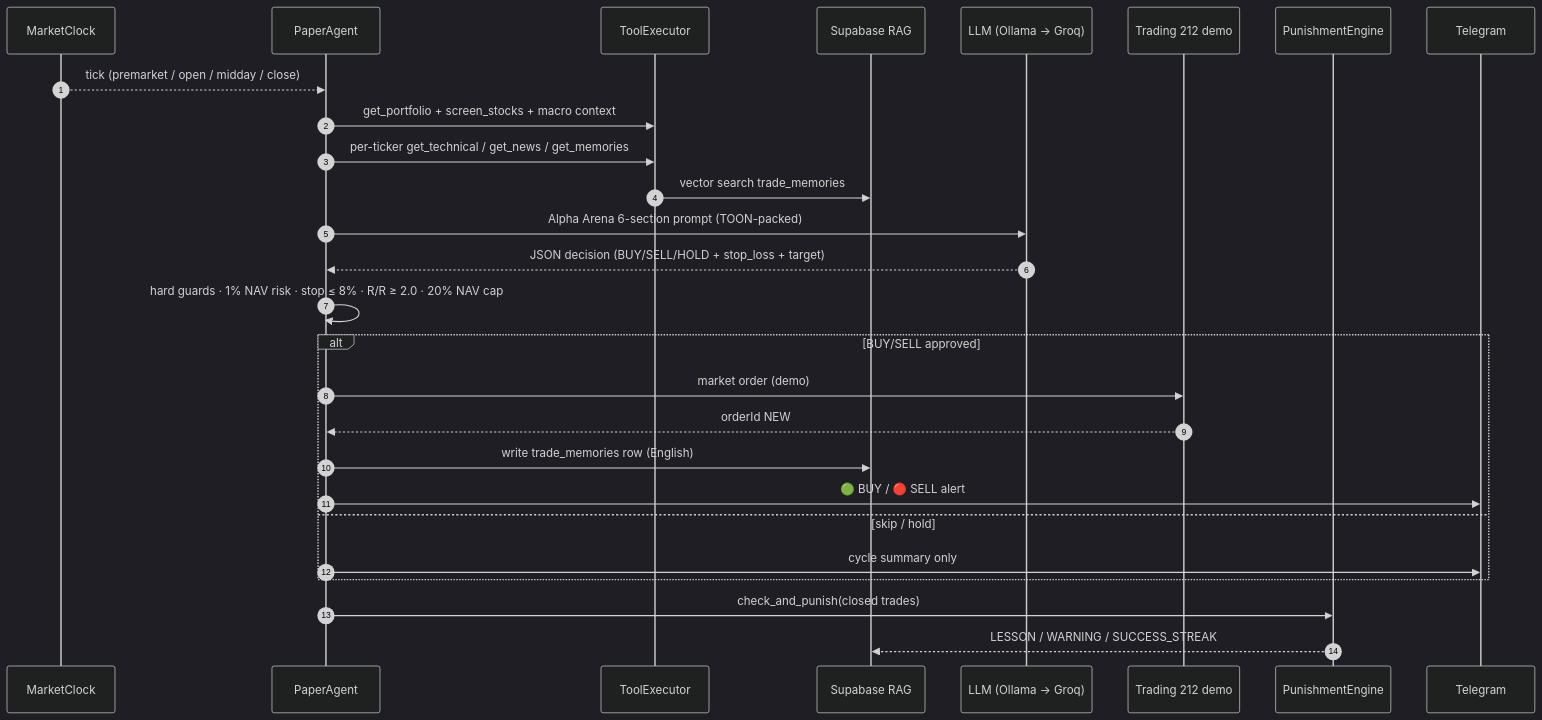
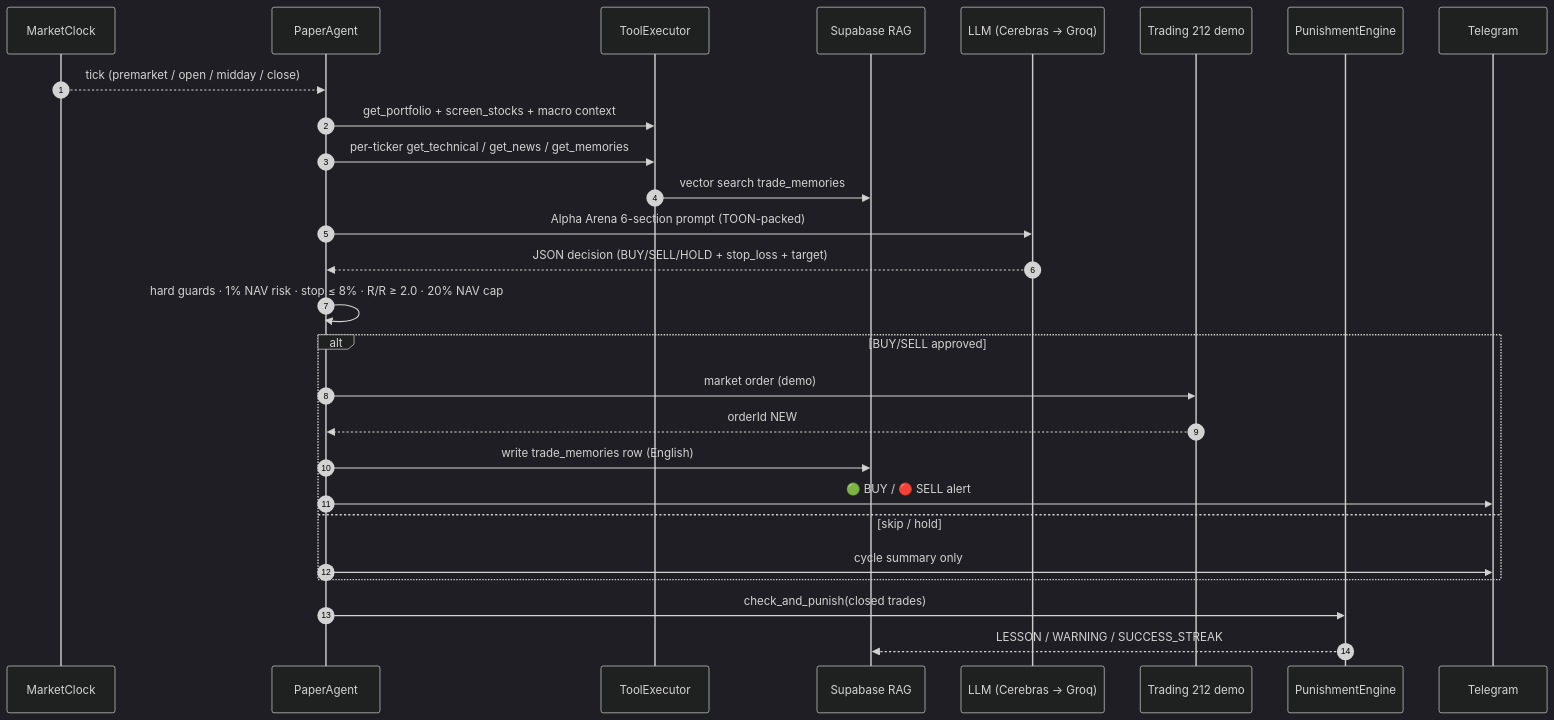
Before and after one commit to CemRoot/ai-broker: the second of 2 diagrams in README.md, drawn with Mermaid (dark theme). The commit also changed other lines of this file and 23 other files, not shown here.

````diff
--- a/README.md
+++ b/README.md
@@ -133,30 +134,30 @@
 ```mermaid
 sequenceDiagram
     autonumber
     participant CLK as MarketClock
     participant AG as PaperAgent
     participant TX as ToolExecutor
     participant RAG as Supabase RAG
-    participant LLM as LLM (Ollama → Groq)
+    participant LLM as LLM (Cerebras → Groq)
     participant T212 as Trading 212 demo
     participant PUN as PunishmentEngine
     participant TG as Telegram
 
     CLK-->>AG: tick (premarket / open / midday / close)
     AG->>TX: get_portfolio + screen_stocks + macro context
     AG->>TX: per-ticker get_technical / get_news / get_memories
     TX->>RAG: vector search trade_memories
     AG->>LLM: Alpha Arena 6-section prompt (TOON-packed)
     LLM-->>AG: JSON decision (BUY/SELL/HOLD + stop_loss + target)
     AG->>AG: hard guards · 1% NAV risk · stop ≤ 8% · R/R ≥ 2.0 · 20% NAV cap
     alt BUY/SELL approved
         AG->>T212: market order (demo)
         T212-->>AG: orderId NEW
         AG->>RAG: write trade_memories row (English)
         AG->>TG: 🟢 BUY / 🔴 SELL alert
     else skip / hold
         AG->>TG: cycle summary only
     end
     AG->>PUN: check_and_punish(closed trades)
     PUN-->>RAG: LESSON / WARNING / SUCCESS_STREAK
 ```
````
